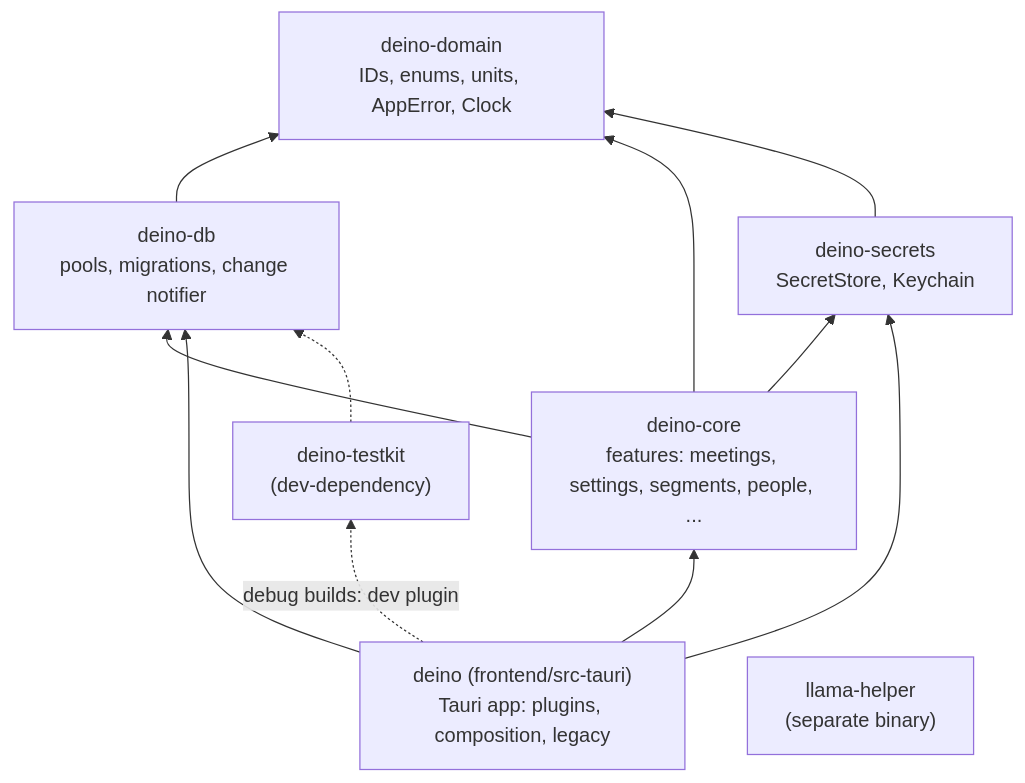
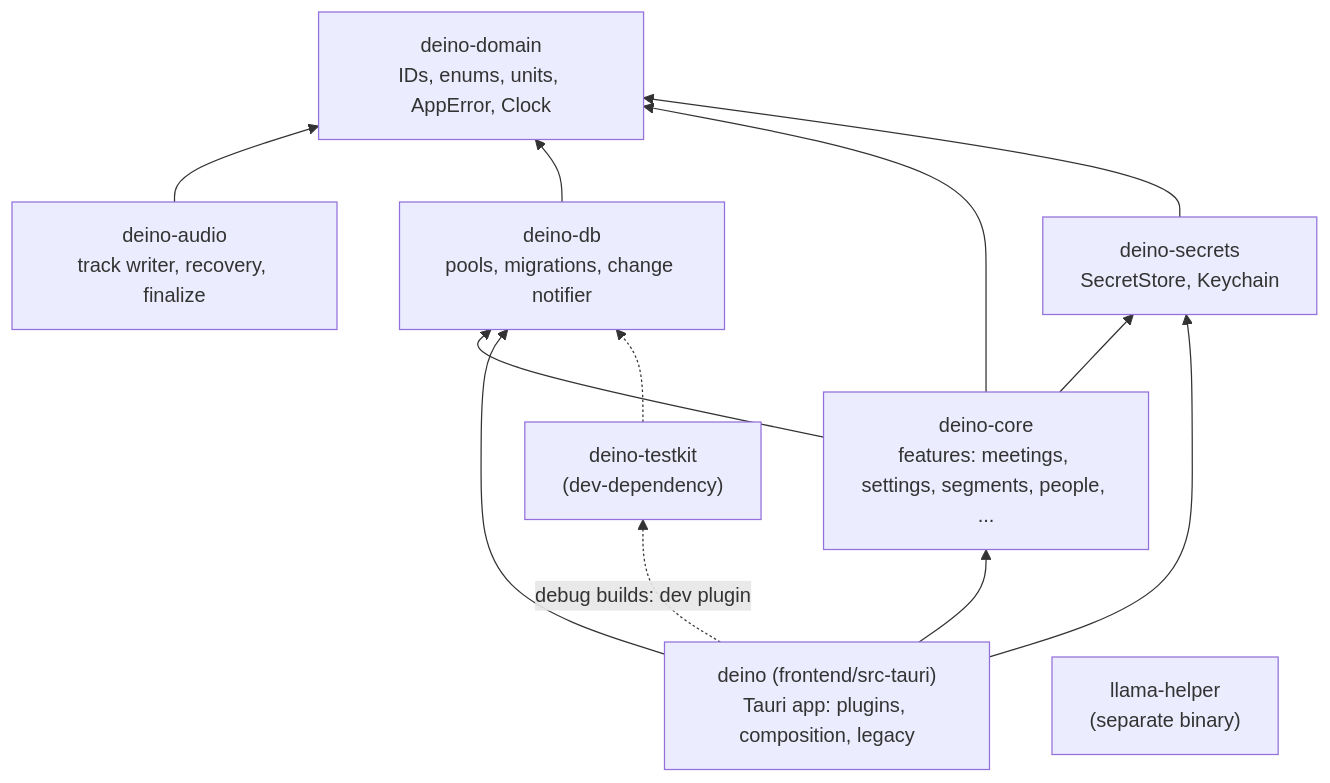
The second of 5 diagrams in docs/ARCHITECTURE.md (xenshreyas/Deino), drawn with Mermaid before and after one commit. The commit also changed other lines of this file and 11 other files, not shown here.

Commit message:
docs(audio): ADR 0013, architecture map, crate README and FND-05a follow-ups

````diff
--- a/docs/ARCHITECTURE.md
+++ b/docs/ARCHITECTURE.md
@@ -40,20 +40,22 @@
 ```mermaid
 flowchart BT
   domain["deino-domain<br/>IDs, enums, units, AppError, Clock"]
   db["deino-db<br/>pools, migrations, change notifier"]
   core["deino-core<br/>features: meetings, settings, segments, people, ..."]
   secrets["deino-secrets<br/>SecretStore, Keychain"]
   testkit["deino-testkit<br/>(dev-dependency)"]
   app["deino (frontend/src-tauri)<br/>Tauri app: plugins, composition, legacy"]
   helper["llama-helper<br/>(separate binary)"]
+  audio["deino-audio<br/>track writer, recovery, finalize"]
+  audio --> domain
   db --> domain
   core --> db
   core --> domain
   core --> secrets
   secrets --> domain
   app --> core
   app --> db
   app --> secrets
   app -. "debug builds: dev plugin" .-> testkit
   testkit -.-> db
 ```
````
